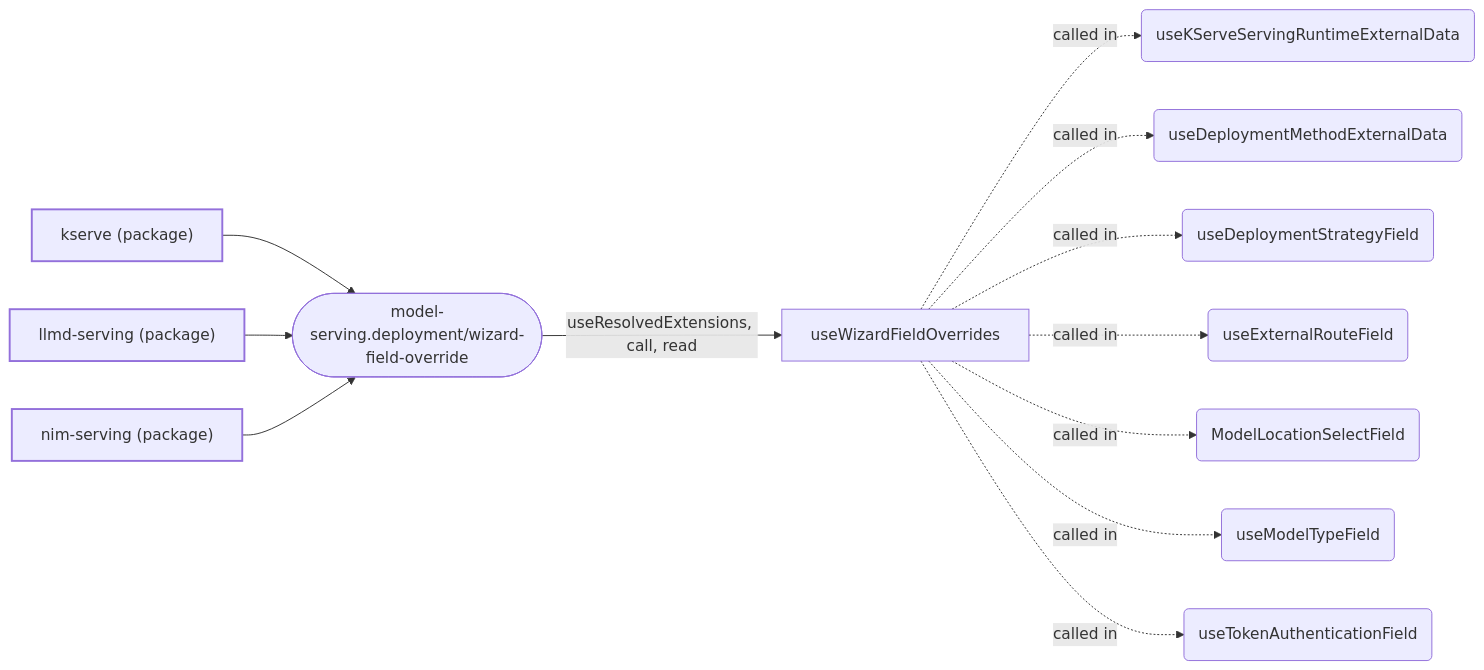
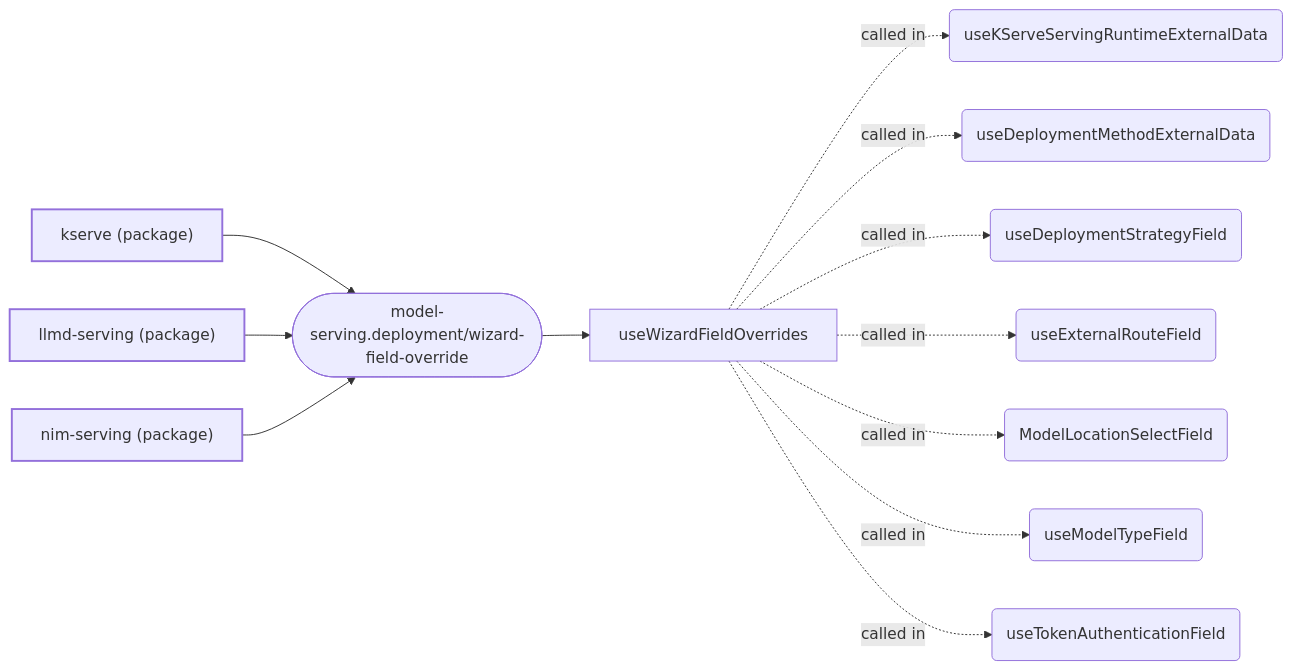
One commit to mturley/odh-dashboard changed the tenth of 19 diagrams in packages/model-serving/docs/extensions.md. Above: the diagram before and after it, drawn with Mermaid. The commit also changed other lines of this file and 28 other files, not shown here.

````diff
--- a/packages/model-serving/docs/extensions.md
+++ b/packages/model-serving/docs/extensions.md
@@ -630,28 +712,28 @@
 ```mermaid
 flowchart LR
   classDef pkg stroke-width:2px
   classDef point stroke-width:1px
   n_pkg__odh_dashboard_kserve_5ec96a["kserve (package)"]:::pkg
   n_pkg__odh_dashboard_llmd_serving_3e146e["llmd-serving (package)"]:::pkg
   n_pkg__odh_dashboard_nim_serving_241793["nim-serving (package)"]:::pkg
   n_model_serving_deployment_wizard_field_override_756caa(["model-serving.deployment/wizard-field-override"]):::point
   n_pkg__odh_dashboard_kserve_5ec96a --> n_model_serving_deployment_wizard_field_override_756caa
   n_pkg__odh_dashboard_llmd_serving_3e146e --> n_model_serving_deployment_wizard_field_override_756caa
   n_pkg__odh_dashboard_nim_serving_241793 --> n_model_serving_deployment_wizard_field_override_756caa
   n_symbol_packages_model_serving_src_components_deploymentWizard_dynamicFormUtils_ts_useWizardFieldOverrides_b7c3ce["useWizardFieldOverrides"]
-  n_model_serving_deployment_wizard_field_override_756caa -- "useResolvedExtensions, call, read" --> n_symbol_packages_model_serving_src_components_deploymentWizard_dynamicFormUtils_ts_useWizardFieldOverrides_b7c3ce
+  n_model_serving_deployment_wizard_field_override_756caa --> n_symbol_packages_model_serving_src_components_deploymentWizard_dynamicFormUtils_ts_useWizardFieldOverrides_b7c3ce
   n_symbol_packages_kserve_src_wizardFields_servingRuntime_KServeServingRuntimeField_tsx_useKServeServingRuntimeExternalData_eec375("useKServeServingRuntimeExternalData")
   n_symbol_packages_model_serving_src_components_deploymentWizard_fields_DeploymentMethodSelectField_tsx_useDeploymentMethodExternalData_babac9("useDeploymentMethodExternalData")
   n_symbol_packages_model_serving_src_components_deploymentWizard_fields_DeploymentStrategyField_tsx_useDeploymentStrategyField_c37606("useDeploymentStrategyField")
   n_symbol_packages_model_serving_src_components_deploymentWizard_fields_ExternalRouteField_tsx_useExternalRouteField_d5d31c("useExternalRouteField")
   n_symbol_packages_model_serving_src_components_deploymentWizard_fields_ModelLocationSelectField_tsx_ModelLocationSelectField_28ba21("ModelLocationSelectField")
   n_symbol_packages_model_serving_src_components_deploymentWizard_fields_ModelTypeSelectField_tsx_useModelTypeField_bef1d0("useModelTypeField")
   n_symbol_packages_model_serving_src_components_deploymentWizard_fields_TokenAuthenticationField_tsx_useTokenAuthenticationField_c5bce8("useTokenAuthenticationField")
   n_symbol_packages_model_serving_src_components_deploymentWizard_dynamicFormUtils_ts_useWizardFieldOverrides_b7c3ce -. "called in" .-> n_symbol_packages_kserve_src_wizardFields_servingRuntime_KServeServingRuntimeField_tsx_useKServeServingRuntimeExternalData_eec375
   n_symbol_packages_model_serving_src_components_deploymentWizard_dynamicFormUtils_ts_useWizardFieldOverrides_b7c3ce -. "called in" .-> n_symbol_packages_model_serving_src_components_deploymentWizard_fields_DeploymentMethodSelectField_tsx_useDeploymentMethodExternalData_babac9
   n_symbol_packages_model_serving_src_components_deploymentWizard_dynamicFormUtils_ts_useWizardFieldOverrides_b7c3ce -. "called in" .-> n_symbol_packages_model_serving_src_components_deploymentWizard_fields_DeploymentStrategyField_tsx_useDeploymentStrategyField_c37606
   n_symbol_packages_model_serving_src_components_deploymentWizard_dynamicFormUtils_ts_useWizardFieldOverrides_b7c3ce -. "called in" .-> n_symbol_packages_model_serving_src_components_deploymentWizard_fields_ExternalRouteField_tsx_useExternalRouteField_d5d31c
   n_symbol_packages_model_serving_src_components_deploymentWizard_dynamicFormUtils_ts_useWizardFieldOverrides_b7c3ce -. "called in" .-> n_symbol_packages_model_serving_src_components_deploymentWizard_fields_ModelLocationSelectField_tsx_ModelLocationSelectField_28ba21
   n_symbol_packages_model_serving_src_components_deploymentWizard_dynamicFormUtils_ts_useWizardFieldOverrides_b7c3ce -. "called in" .-> n_symbol_packages_model_serving_src_components_deploymentWizard_fields_ModelTypeSelectField_tsx_useModelTypeField_bef1d0
   n_symbol_packages_model_serving_src_components_deploymentWizard_dynamicFormUtils_ts_useWizardFieldOverrides_b7c3ce -. "called in" .-> n_symbol_packages_model_serving_src_components_deploymentWizard_fields_TokenAuthenticationField_tsx_useTokenAuthenticationField_c5bce8
 ```
````
